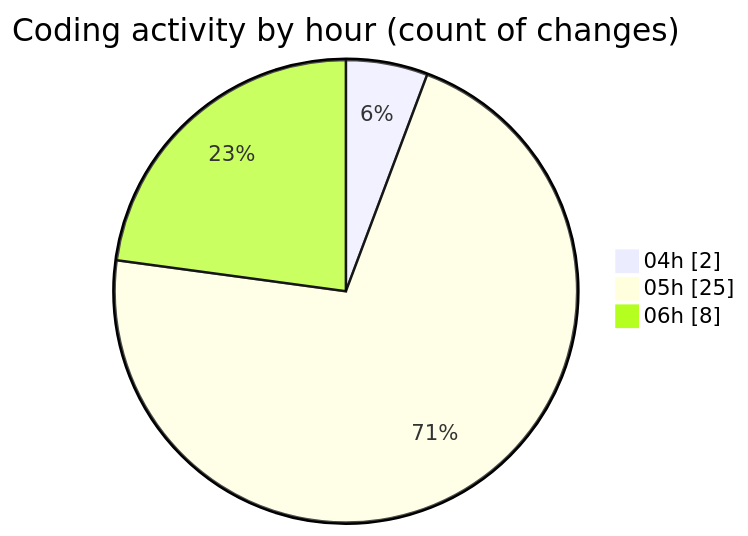
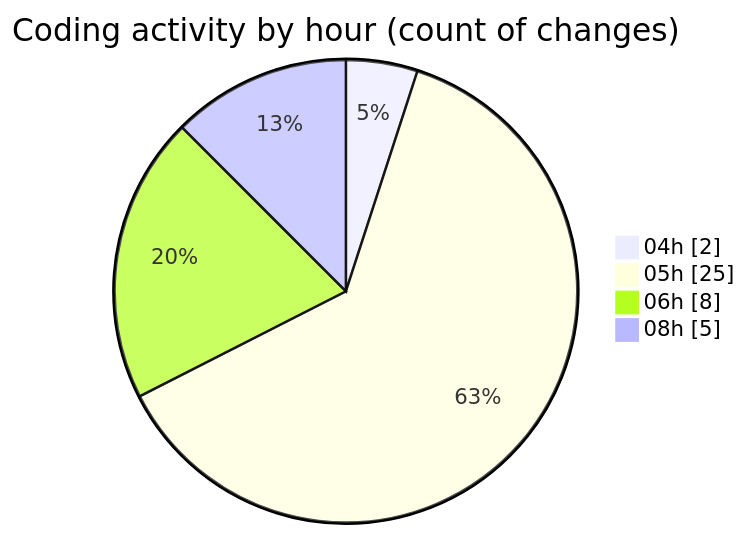
Before and after one commit to 3Nya3/code-tracking: the second of 2 diagrams in 2024-12-31/nyah/README.md, drawn with Mermaid. The commit also changed other lines of this file and 1 other file, not shown here.

````diff
--- a/2024-12-31/nyah/README.md
+++ b/2024-12-31/nyah/README.md
@@ -32,7 +32,8 @@
 ```mermaid
 pie showData
 title Coding activity by hour (count of changes)
 "04h" : 2
 "05h" : 25
 "06h" : 8
+"08h" : 5
 ```
````
